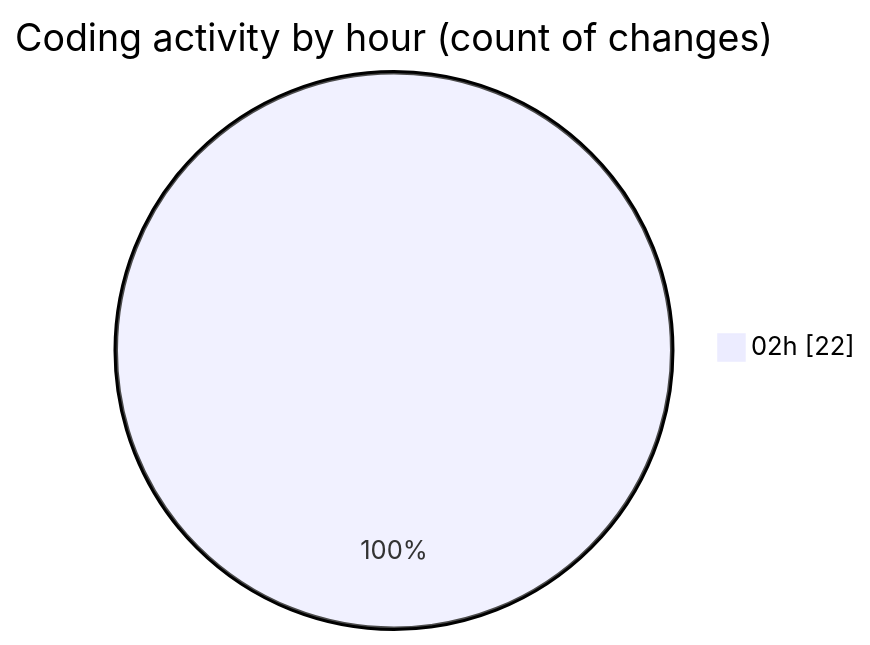
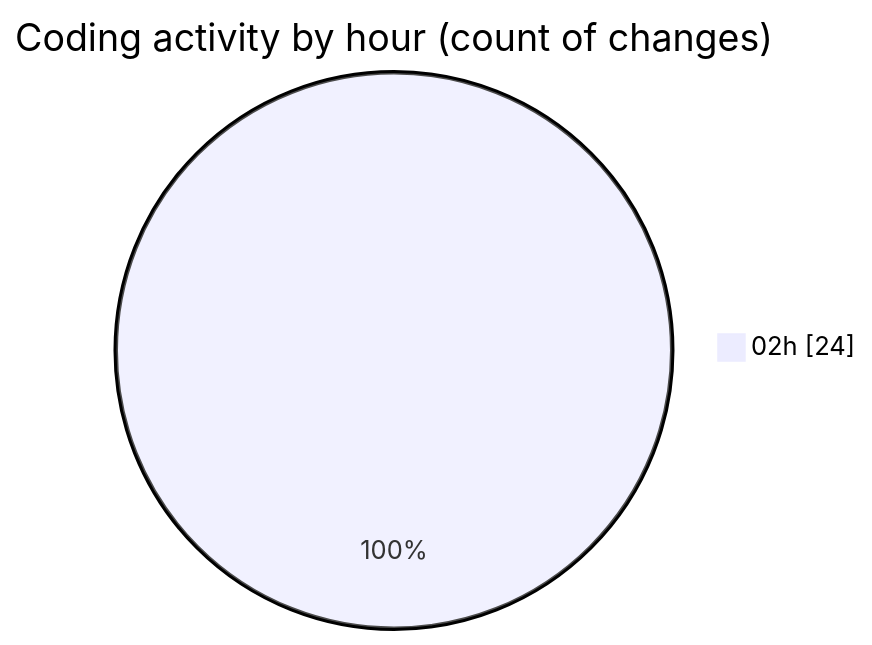
One commit to lephambinh05/code-tracking changed the second of 2 diagrams in 2025-07-23/quanlyrapchieuphim/README.md. Above: the diagram before and after it, drawn with Mermaid. The commit also changed other lines of this file and 1 other file, not shown here.

````diff
--- a/2025-07-23/quanlyrapchieuphim/README.md
+++ b/2025-07-23/quanlyrapchieuphim/README.md
@@ -38,5 +38,5 @@
 ```mermaid
 pie showData
 title Coding activity by hour (count of changes)
-"02h" : 22
+"02h" : 24
 ```
````
